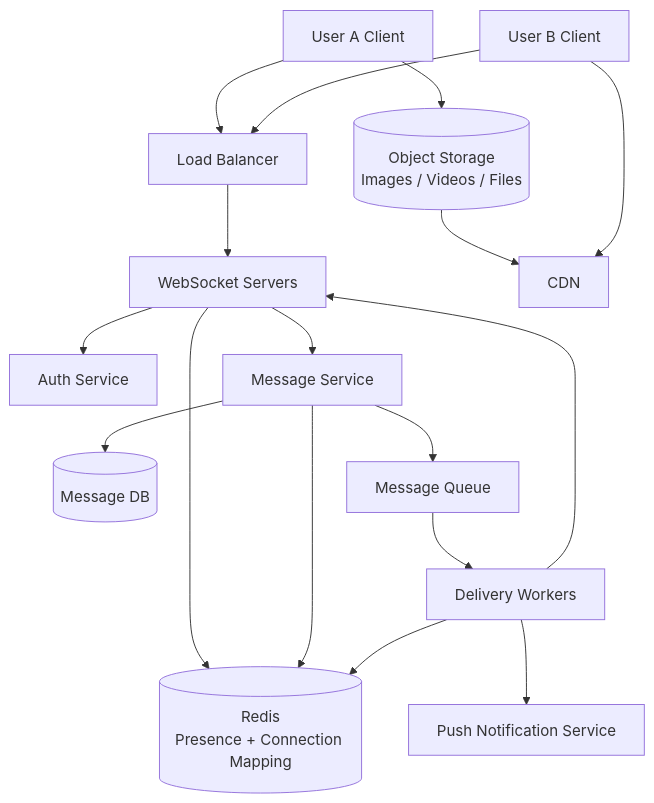
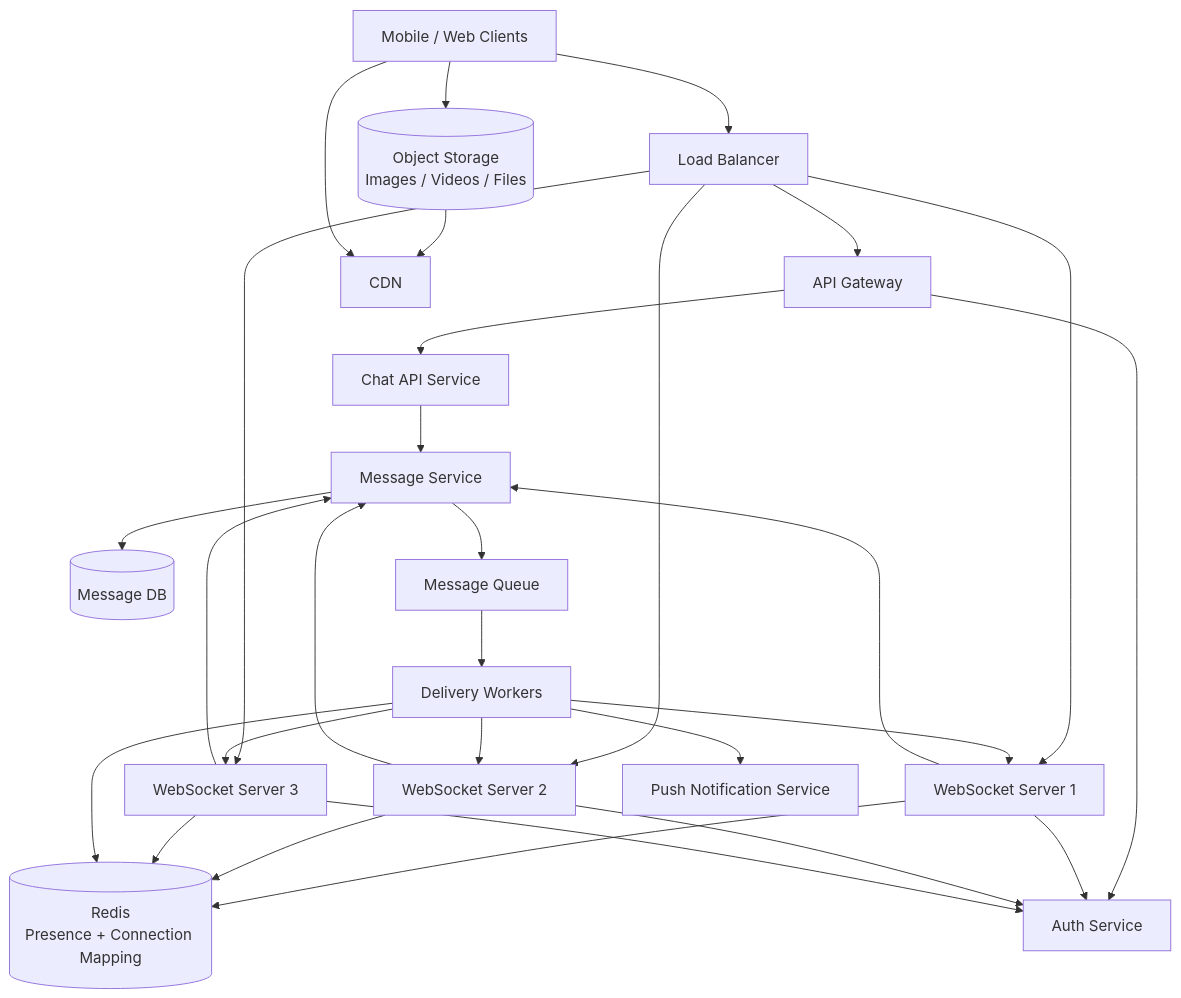
One commit to itsarvindhere/system-design changed the diagram in 009. System Design Interview Problems/005. Design a Chat System.md. Above: the diagram before and after it, drawn with Mermaid. The commit also changed other lines of this file, not shown here.

Commit message:
Design a Chat System

````diff
--- a/009. System Design Interview Problems/005. Design a Chat System.md
+++ b/009. System Design Interview Problems/005. Design a Chat System.md
@@ -486,43 +486,68 @@
 ```mermaid
 flowchart TD
-    ClientA[User A Client]
-    ClientB[User B Client]
+    Client[Mobile / Web Clients]
 
     LB[Load Balancer]
-    WS[WebSocket Servers]
+
+    APIGW[API Gateway]
+    ChatAPI[Chat API Service]
+
+    WS1[WebSocket Server 1]
+    WS2[WebSocket Server 2]
+    WS3[WebSocket Server 3]
 
     Auth[Auth Service]
+
     MessageService[Message Service]
+    MessageDB[(Message DB)]
 
-    MessageDB[(Message DB)]
     Redis[(Redis<br/>Presence + Connection Mapping)]
 
     Queue[Message Queue]
-    Delivery[Delivery Workers]
+    Worker[Delivery Workers]
 
     Push[Push Notification Service]
+
     ObjectStorage[(Object Storage<br/>Images / Videos / Files)]
     CDN[CDN]
 
-    ClientA --> LB
-    ClientB --> LB
-    LB --> WS
+    Client --> LB
 
-    WS --> Auth
-    WS --> MessageService
+    LB --> APIGW
+    LB --> WS1
+    LB --> WS2
+    LB --> WS3
+
+    APIGW --> ChatAPI
+    APIGW --> Auth
+
+    WS1 --> Auth
+    WS2 --> Auth
+    WS3 --> Auth
+
+    WS1 --> MessageService
+    WS2 --> MessageService
+    WS3 --> MessageService
+
+    WS1 --> Redis
+    WS2 --> Redis
+    WS3 --> Redis
+
+    ChatAPI --> MessageService
 
     MessageService --> MessageDB
     MessageService --> Queue
 
-    WS --> Redis
-    MessageService --> Redis
+    Queue --> Worker
+    Worker --> Redis
 
-    Queue --> Delivery
-    Delivery --> Redis
-    Delivery --> WS
-    Delivery --> Push
+    Worker --> WS1
+    Worker --> WS2
+    Worker --> WS3
 
-    ClientA --> ObjectStorage
+    Worker --> Push
+
+    Client --> ObjectStorage
     ObjectStorage --> CDN
-    ClientB --> CDN
+    Client --> CDN
 ```
````
